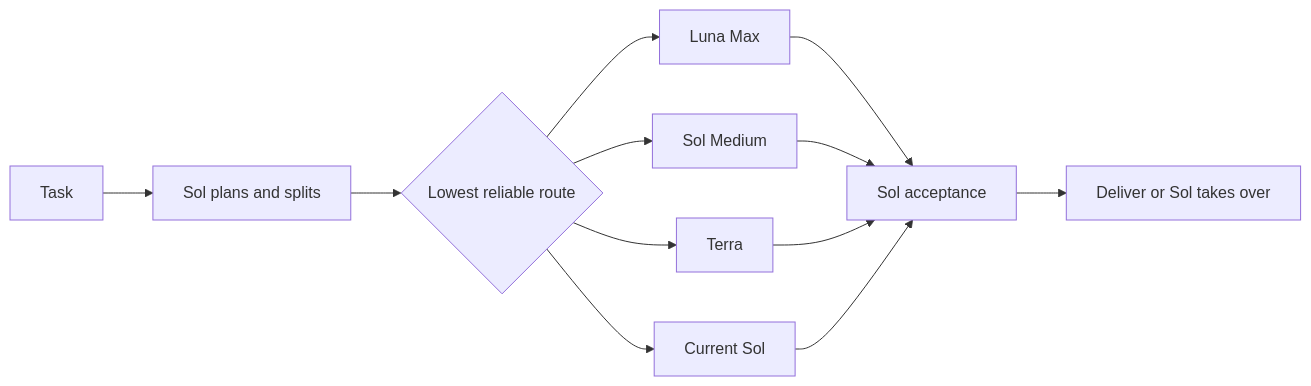
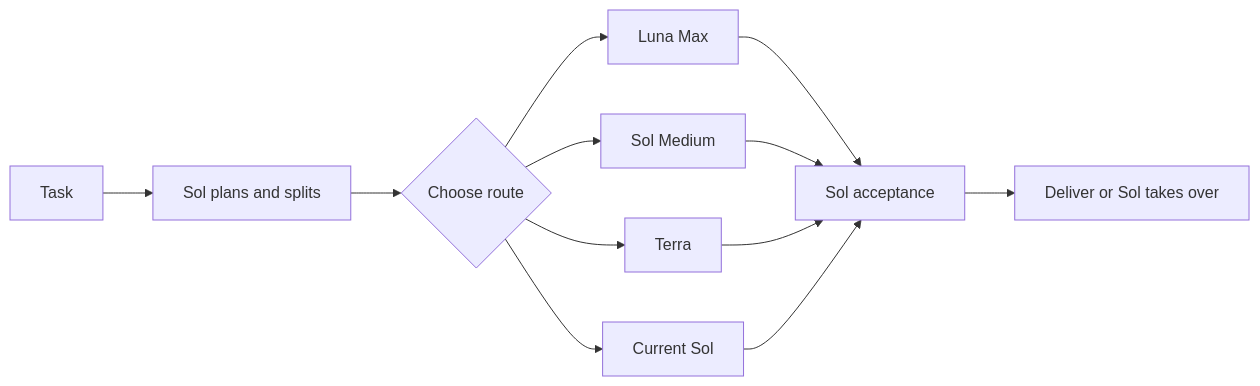
One commit to 9holy/codex-quality-orchestrator changed the second of 2 diagrams in README.md. Above: the diagram before and after it, drawn with Mermaid.

Commit message:
fix: simplify English routing diagram

````diff
--- a/README.md
+++ b/README.md
@@ -110,13 +110,13 @@
 ```mermaid
-flowchart LR
-    A["Task"] --> B["Sol plans and splits"] --> C{"Lowest reliable route"}
-    C --> D["Luna Max"]
-    C --> E["Sol Medium"]
-    C --> F["Terra"]
-    C --> G["Current Sol"]
-    D --> H["Sol acceptance"]
+graph LR
+    A[Task] --> B[Sol plans and splits] --> C{Choose route}
+    C --> D[Luna Max]
+    C --> E[Sol Medium]
+    C --> F[Terra]
+    C --> G[Current Sol]
+    D --> H[Sol acceptance]
     E --> H
     F --> H
     G --> H
-    H --> I["Deliver or Sol takes over"]
+    H --> I[Deliver or Sol takes over]
 ```
````
